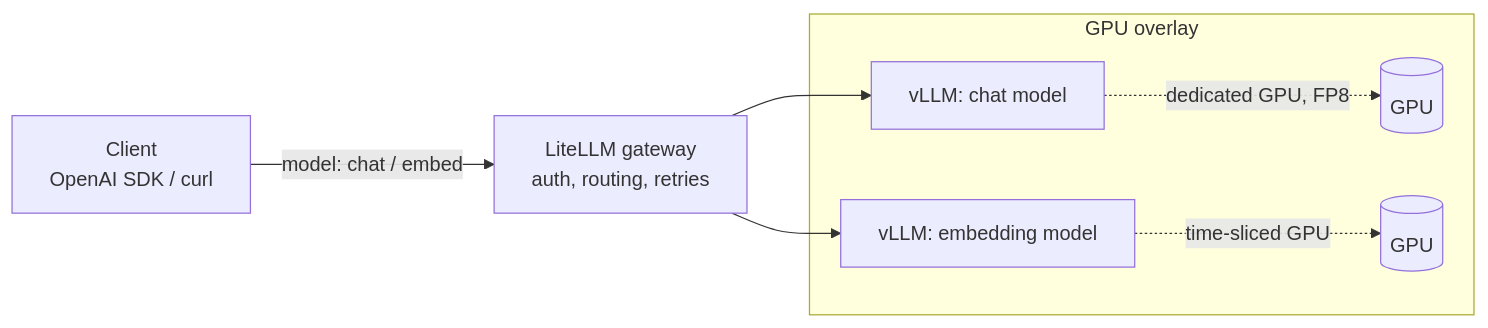
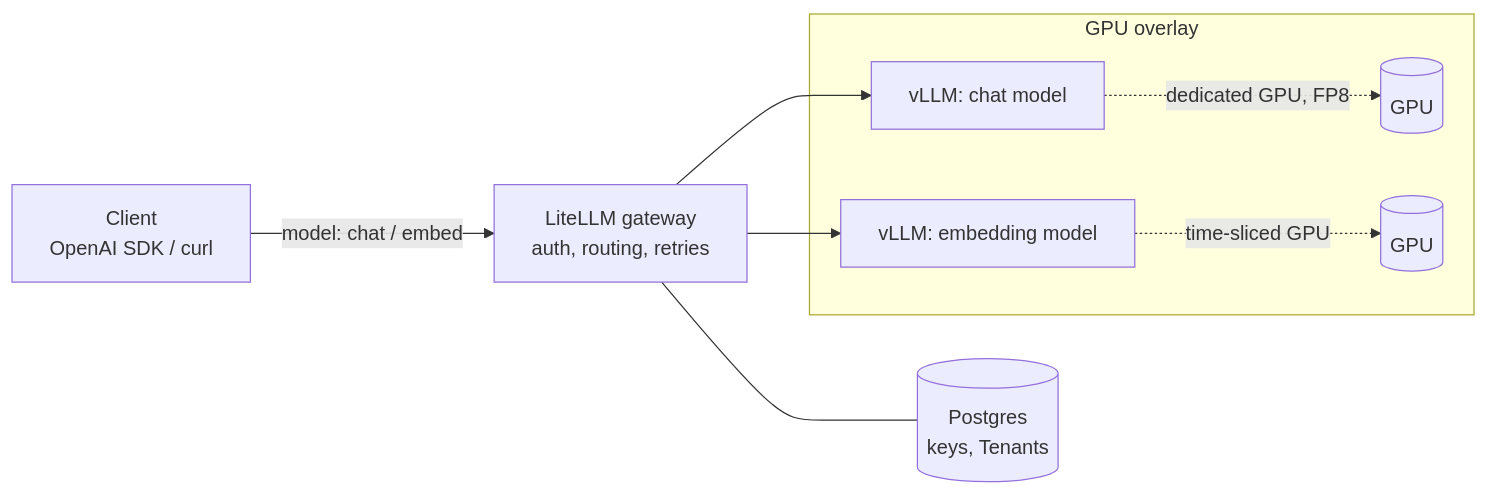
Before and after one commit to alexboscolo954/llm-serving-k8s: the diagram in README.md, drawn with Mermaid. The commit also changed other lines of this file and 17 other files, not shown here.

````diff
--- a/README.md
+++ b/README.md
@@ -8,10 +8,11 @@
 ```mermaid
 flowchart LR
   client[Client<br/>OpenAI SDK / curl] -->|model: chat / embed| gw[LiteLLM gateway<br/>auth, routing, retries]
   gw --> chat[vLLM: chat model]
   gw --> embed[vLLM: embedding model]
+  gw --- db[(Postgres<br/>keys, Tenants)]
   subgraph gpu [GPU overlay]
     chat -.->|dedicated GPU, FP8| g1[(GPU)]
     embed -.->|time-sliced GPU| g2[(GPU)]
   end
 ```
````
